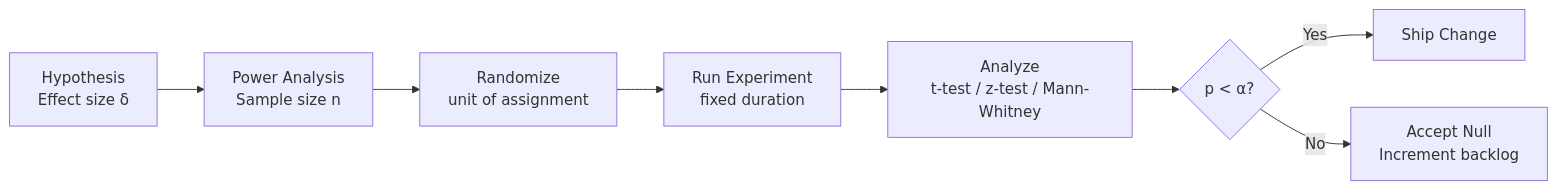
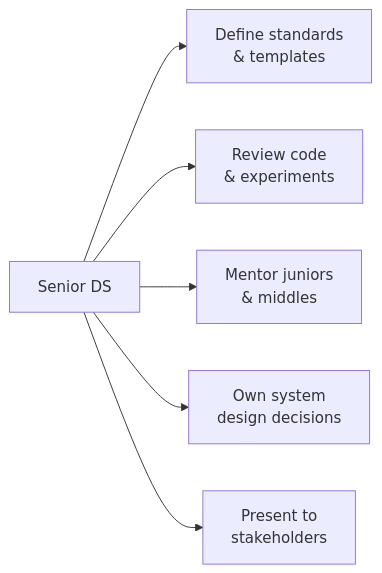
Before and after one commit to BakhodiribnYashinibnMansur/SeniorProject: diagram 12 of 20 in Roadmap/AI-and-Data/ai-data-scientist/TEMPLATE.md, drawn with Mermaid. The commit also changed other lines of this file and 17 other files, not shown here.

First line of the commit message:
update TEMPLATE.md files: add new roadmaps, fix SQL template, improve existing templates

````diff
--- a/Roadmap/AI-and-Data/ai-data-scientist/TEMPLATE.md
+++ b/Roadmap/AI-and-Data/ai-data-scientist/TEMPLATE.md
@@ -576,10 +2067,8 @@
 ```mermaid
-flowchart LR
-    H[Hypothesis\nEffect size δ] --> P[Power Analysis\nSample size n]
-    P --> R[Randomize\nunit of assignment]
-    R --> Run[Run Experiment\nfixed duration]
-    Run --> Analyze[Analyze\nt-test / z-test / Mann-Whitney]
-    Analyze --> D{p < α?}
-    D -- Yes --> Ship[Ship Change]
-    D -- No --> Null[Accept Null\nIncrement backlog]
+graph LR
+    A[Senior DS] --> B[Define standards\n& templates]
+    A --> C[Review code\n& experiments]
+    A --> D[Mentor juniors\n& middles]
+    A --> E[Own system\ndesign decisions]
+    A --> F[Present to\nstakeholders]
 ```
````
